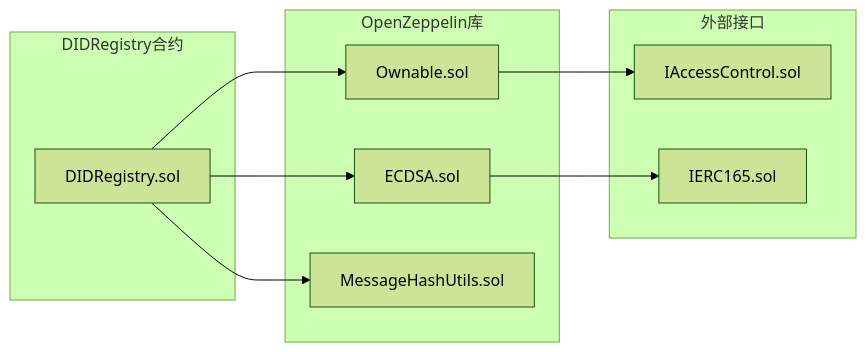
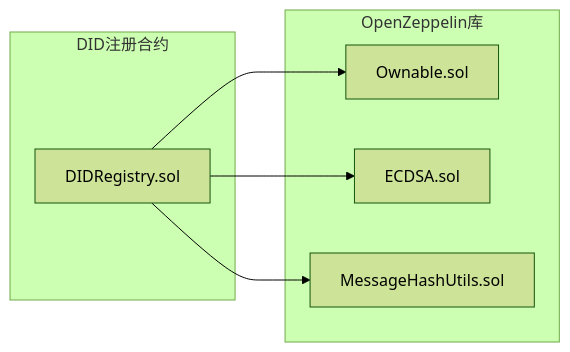
One commit to SimonHofman/PredictionDIDSimple changed the fifth of 7 diagrams in contracts/.qoder/repowiki/zh/content/API参考/DID注册API.md. Above: the diagram before and after it, drawn with Mermaid (forest theme). The commit also changed other lines of this file and 162 other files, not shown here.

````diff
--- a/contracts/.qoder/repowiki/zh/content/API参考/DID注册API.md
+++ b/contracts/.qoder/repowiki/zh/content/API参考/DID注册API.md
@@ -252,20 +235,14 @@
 ```mermaid
 graph LR
-subgraph "DIDRegistry合约"
-DIDRegistry[DIDRegistry.sol]
-end
 subgraph "OpenZeppelin库"
 Ownable[Ownable.sol]
 ECDSA[ECDSA.sol]
 MessageHashUtils[MessageHashUtils.sol]
 end
-subgraph "外部接口"
-IAccessControl[IAccessControl.sol]
-IERC165[IERC165.sol]
+subgraph "DID注册合约"
+DIDRegistry[DIDRegistry.sol]
 end
 DIDRegistry --> Ownable
 DIDRegistry --> ECDSA
 DIDRegistry --> MessageHashUtils
-Ownable --> IAccessControl
-ECDSA --> IERC165
 ```
````
